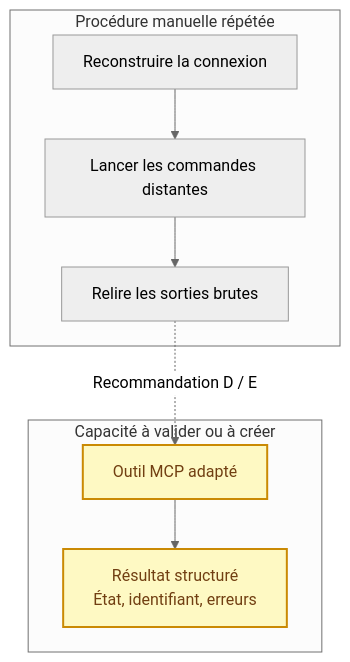
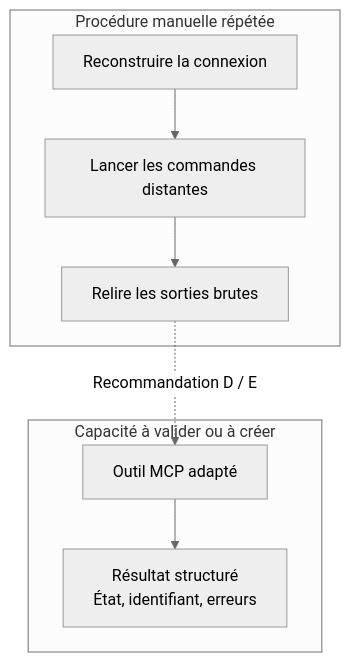
One commit to Gotman08/agentwatch changed the third of 4 diagrams in README.md. Above: the diagram before and after it, drawn with Mermaid (neutral theme). The commit also changed other lines of this file, not shown here.

````diff
--- a/README.md
+++ b/README.md
@@ -103,17 +91,14 @@
 ```mermaid
 flowchart TB
     accTitle: Procédure manuelle et outil structuré
     accDescr: Une suite de commandes de connexion et de lecture brute est comparée à un outil structuré candidat. AgentWatch documente la proposition, dont les droits, erreurs et effets doivent être validés.
 
     subgraph manuel["Procédure manuelle répétée"]
         connexion["Reconstruire la connexion"] --> commande["Lancer les commandes distantes"]
         commande --> sortie["Relire les sorties brutes"]
     end
     subgraph proposition["Capacité à valider ou à créer"]
         outil_mcp["Outil MCP adapté"] --> resultat["Résultat structuré<br/>État, identifiant, erreurs"]
     end
     sortie -.->|"Recommandation D / E"| outil_mcp
-
-    classDef candidat fill:#fef9c3,stroke:#ca8a04,stroke-width:2px,color:#713f12
-    class outil_mcp,resultat candidat
 ```
````
